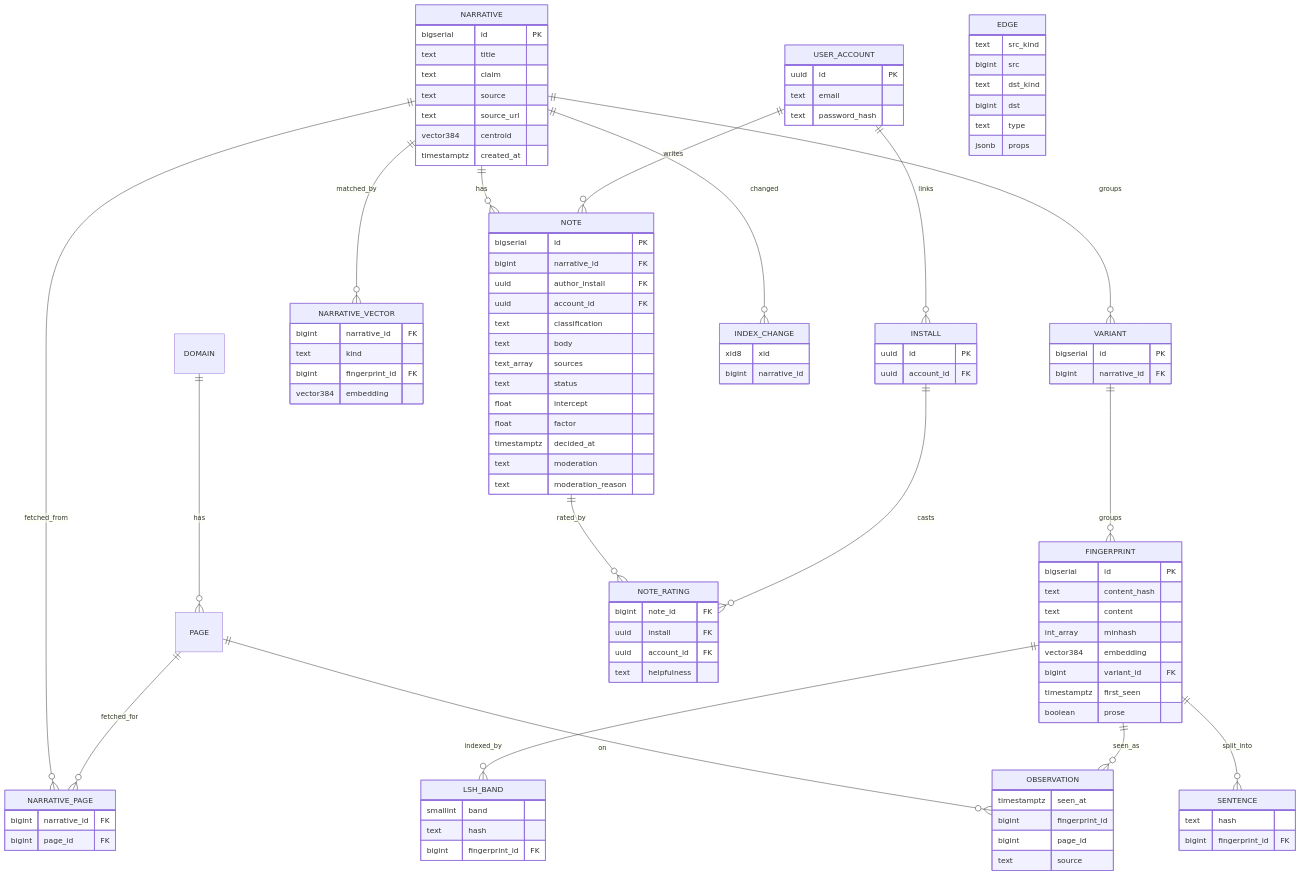
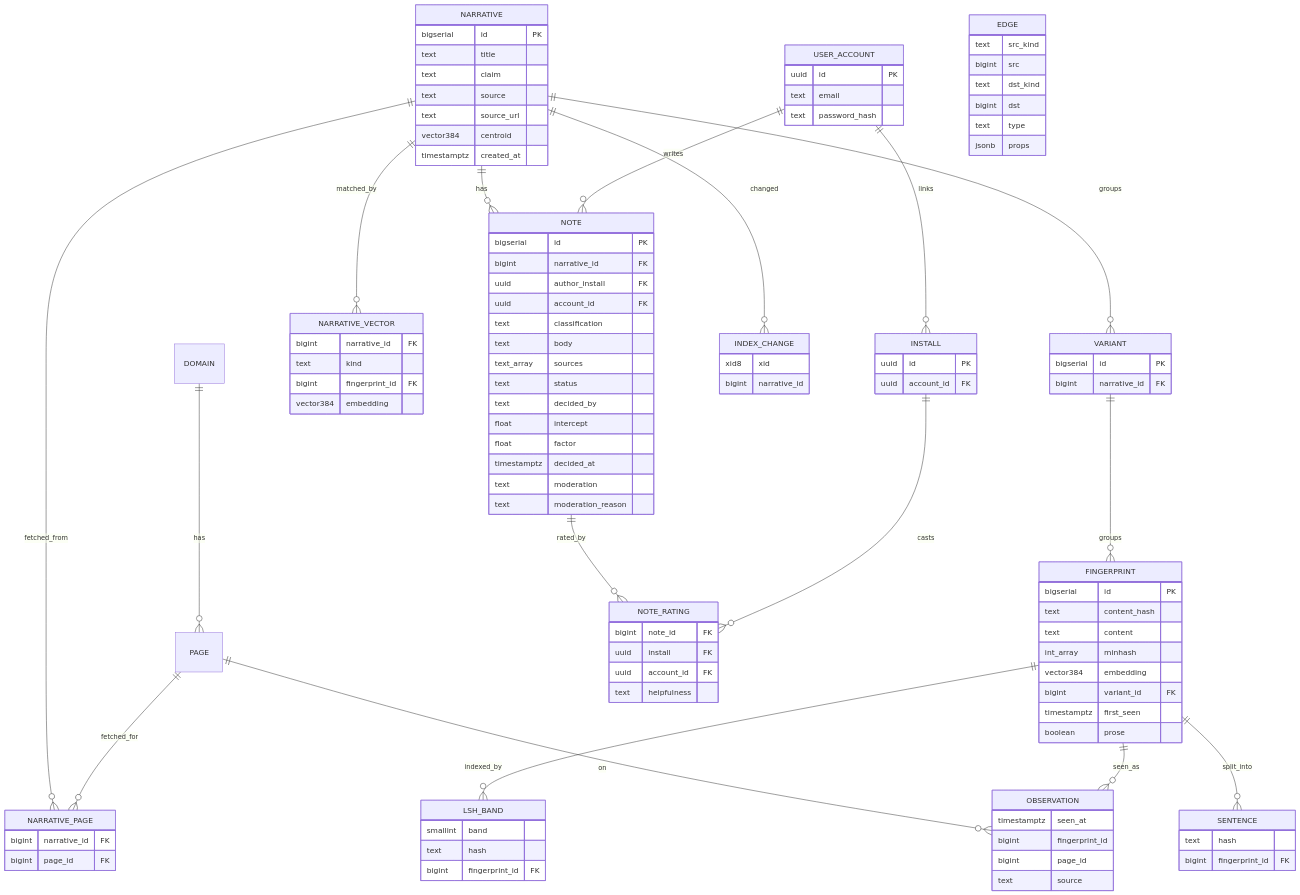
One commit to nlinnanen/konklaavi changed the second of 2 diagrams in docs/data-model.md. Above: the diagram before and after it, drawn with Mermaid. The commit also changed 13 other files, not shown here.

```diff
--- a/docs/data-model.md
+++ b/docs/data-model.md
@@ -115,6 +115,7 @@
     text body
     text_array sources
     text status
+    text decided_by
     float intercept
     float factor
     timestamptz decided_at
```
